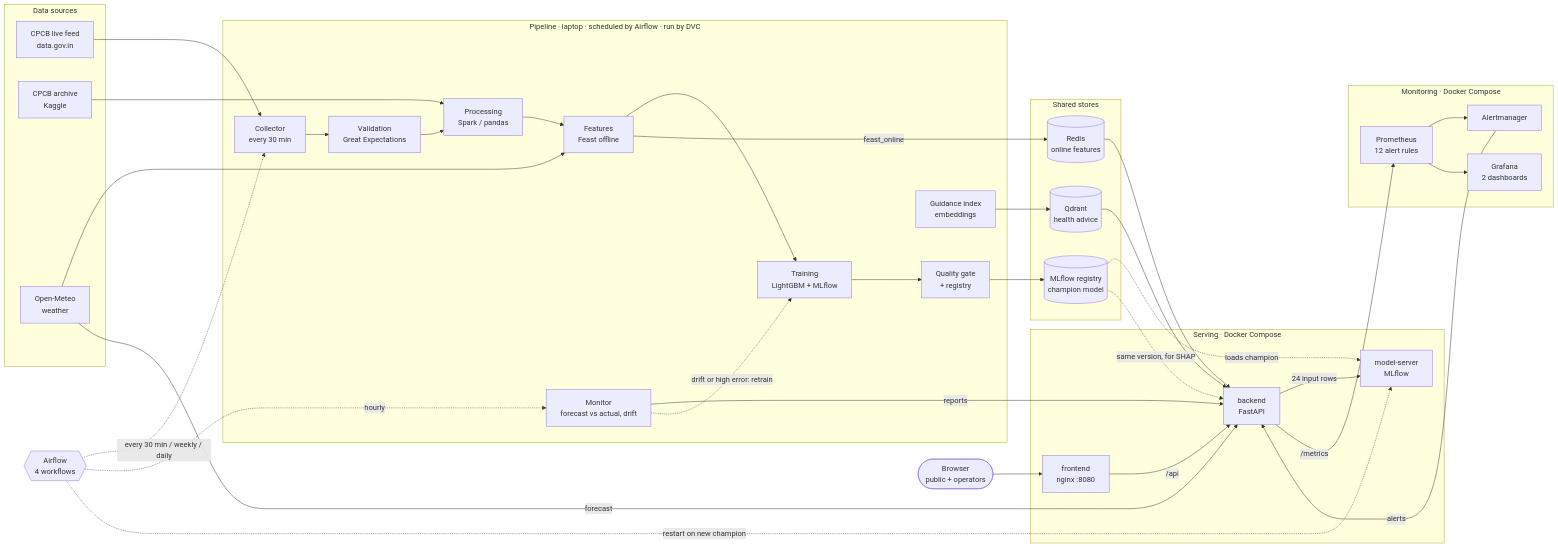
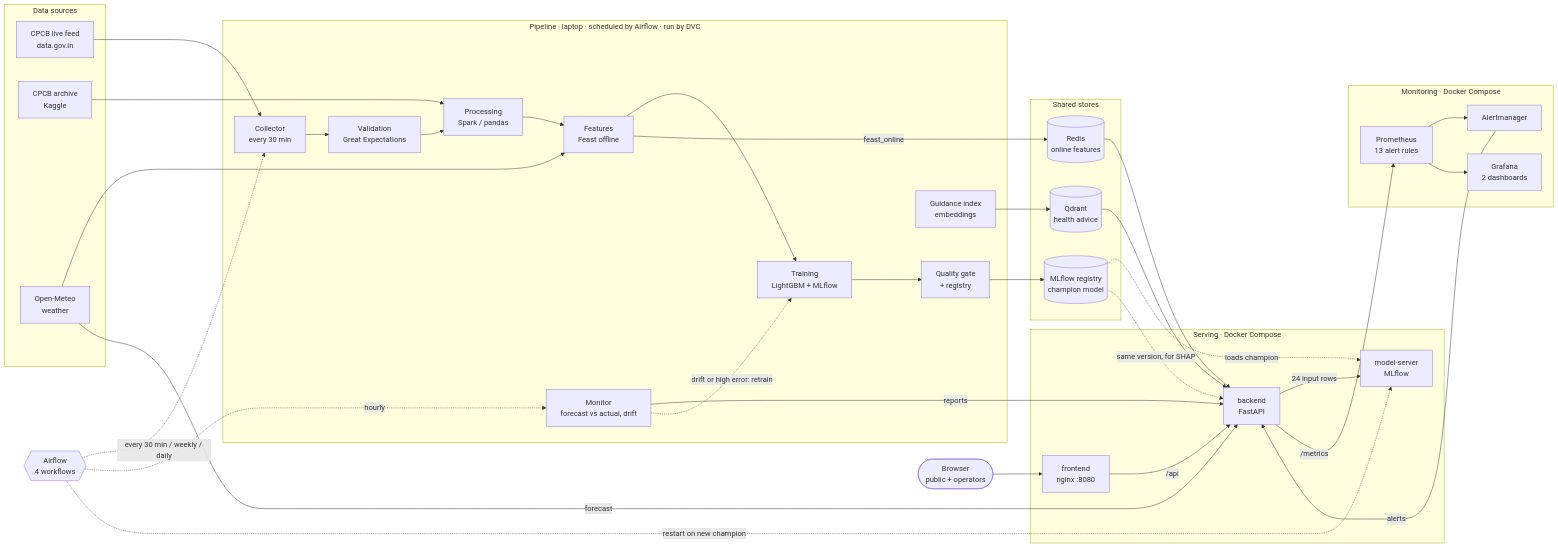
The diagram in docs/architecture.md (VNVSRIHARSHA-GITHUB/airsense), drawn with Mermaid before and after one commit. The commit also changed other lines of this file and 16 other files, not shown here.

````diff
--- a/docs/architecture.md
+++ b/docs/architecture.md
@@ -392,65 +402,65 @@
 ```mermaid
 flowchart LR
     subgraph sources ["Data sources"]
         CPCB["CPCB live feed<br/>data.gov.in"]
         HIST["CPCB archive<br/>Kaggle"]
         OM["Open-Meteo<br/>weather"]
     end
 
     subgraph pipeline ["Pipeline · laptop · scheduled by Airflow · run by DVC"]
         COL["Collector<br/>every 30 min"]
         VAL["Validation<br/>Great Expectations"]
         PROC["Processing<br/>Spark / pandas"]
         FEAT["Features<br/>Feast offline"]
         TRAIN["Training<br/>LightGBM + MLflow"]
         GATE["Quality gate<br/>+ registry"]
         GIDX["Guidance index<br/>embeddings"]
         MON["Monitor<br/>forecast vs actual, drift"]
         COL --> VAL --> PROC --> FEAT --> TRAIN --> GATE
     end
 
     subgraph stores ["Shared stores"]
         REG[("MLflow registry<br/>champion model")]
         RED[("Redis<br/>online features")]
         QD[("Qdrant<br/>health advice")]
     end
 
     subgraph serving ["Serving · Docker Compose"]
         NG["frontend<br/>nginx :8080"]
         BE["backend<br/>FastAPI"]
         MS["model-server<br/>MLflow"]
         NG -- "/api" --> BE
         BE -- "24 input rows" --> MS
     end
 
     subgraph monitoring ["Monitoring · Docker Compose"]
-        PR["Prometheus<br/>12 alert rules"]
+        PR["Prometheus<br/>13 alert rules"]
         AM["Alertmanager"]
         GR["Grafana<br/>2 dashboards"]
         PR --> AM
         PR --> GR
     end
 
     USER(["Browser<br/>public + operators"])
     AF{{"Airflow<br/>4 workflows"}}
     AF -. "every 30 min / weekly / daily" .-> COL
     AF -. "hourly" .-> MON
     AF -. "restart on new champion" .-> MS
     BE -- "/metrics" --> PR
     AM -- "alerts" --> BE
     MON -- "reports" --> BE
     MON -. "drift or high error: retrain" .-> TRAIN
 
     CPCB --> COL
     HIST --> PROC
     OM --> FEAT
     GATE --> REG
     FEAT -- "feast_online" --> RED
     GIDX --> QD
     REG -. "loads champion" .-> MS
     REG -. "same version, for SHAP" .-> BE
     RED --> BE
     QD --> BE
     OM -- "forecast" --> BE
     USER --> NG
 ```
````
